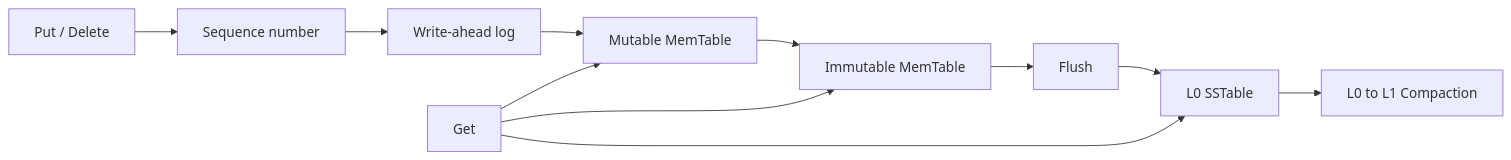
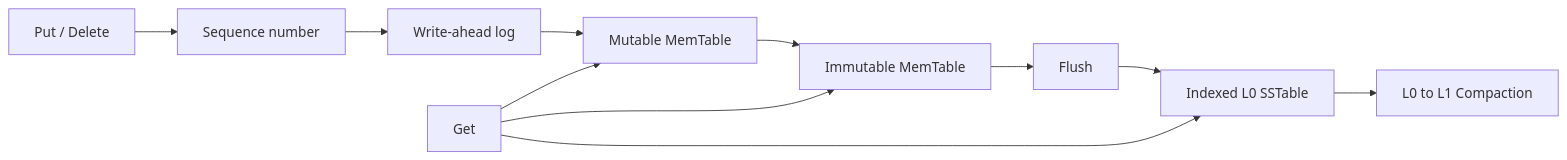
Before and after one commit to tdkjsmr/MiniKV-Storage-Engine: the diagram in README.md, drawn with Mermaid. The commit also changed other lines of this file and 12 other files, not shown here.

Commit message:
feat: add indexed SSTable disk reads

````diff
--- a/README.md
+++ b/README.md
@@ -215,14 +206,14 @@
 ```mermaid
 flowchart LR
     W[Put / Delete] --> Q[Sequence number]
     Q --> L[Write-ahead log]
     L --> M[Mutable MemTable]
     M --> I[Immutable MemTable]
     I --> F[Flush]
-    F --> S[L0 SSTable]
+    F --> S[Indexed L0 SSTable]
     S --> C[L0 to L1 Compaction]
 
     R[Get] --> M
     R --> I
     R --> S
 ```
````
